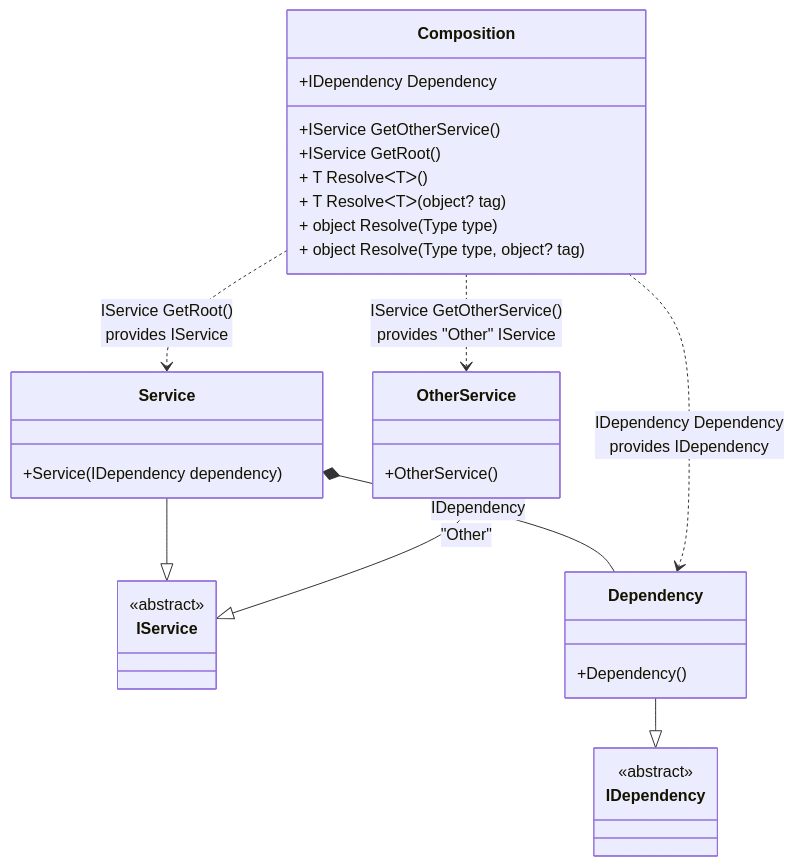
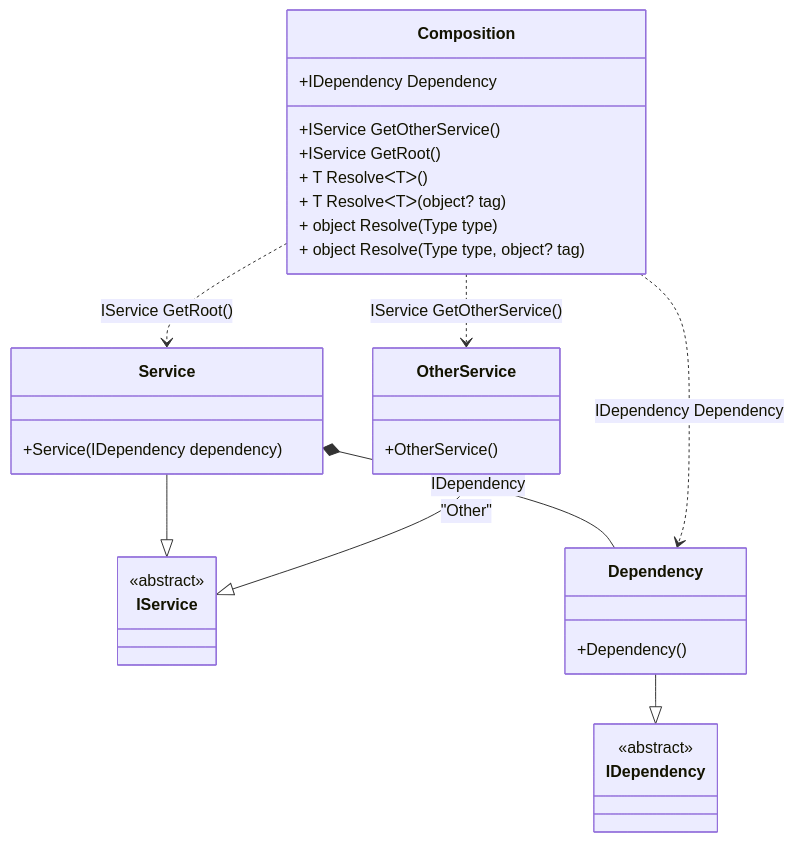
The diagram in readme/composition-root-kinds.md (DevTeam/Pure.DI), drawn with Mermaid before and after one commit. The commit also changed other lines of this file and 74 other files, not shown here.

````diff
--- a/readme/composition-root-kinds.md
+++ b/readme/composition-root-kinds.md
@@ -47,34 +47,34 @@
 ```mermaid
 classDiagram
   class Composition {
     +IDependency Dependency
     +IService GetOtherService()
     +IService GetRoot()
     + T ResolveᐸTᐳ()
     + T ResolveᐸTᐳ(object? tag)
     + object Resolve(Type type)
     + object Resolve(Type type, object? tag)
   }
   Service --|> IService : 
   class Service {
     +Service(IDependency dependency)
   }
   OtherService --|> IService : "Other" 
   class OtherService {
     +OtherService()
   }
   Dependency --|> IDependency : 
   class Dependency {
     +Dependency()
   }
   class IService {
     <<abstract>>
   }
   class IDependency {
     <<abstract>>
   }
   Service *--  Dependency : IDependency
-  Composition ..> Service : IService GetRoot()<br/>provides IService
-  Composition ..> OtherService : IService GetOtherService()<br/>provides "Other" IService
-  Composition ..> Dependency : IDependency Dependency<br/>provides IDependency
+  Composition ..> Service : IService GetRoot()
+  Composition ..> OtherService : IService GetOtherService()
+  Composition ..> Dependency : IDependency Dependency
 ```
````
